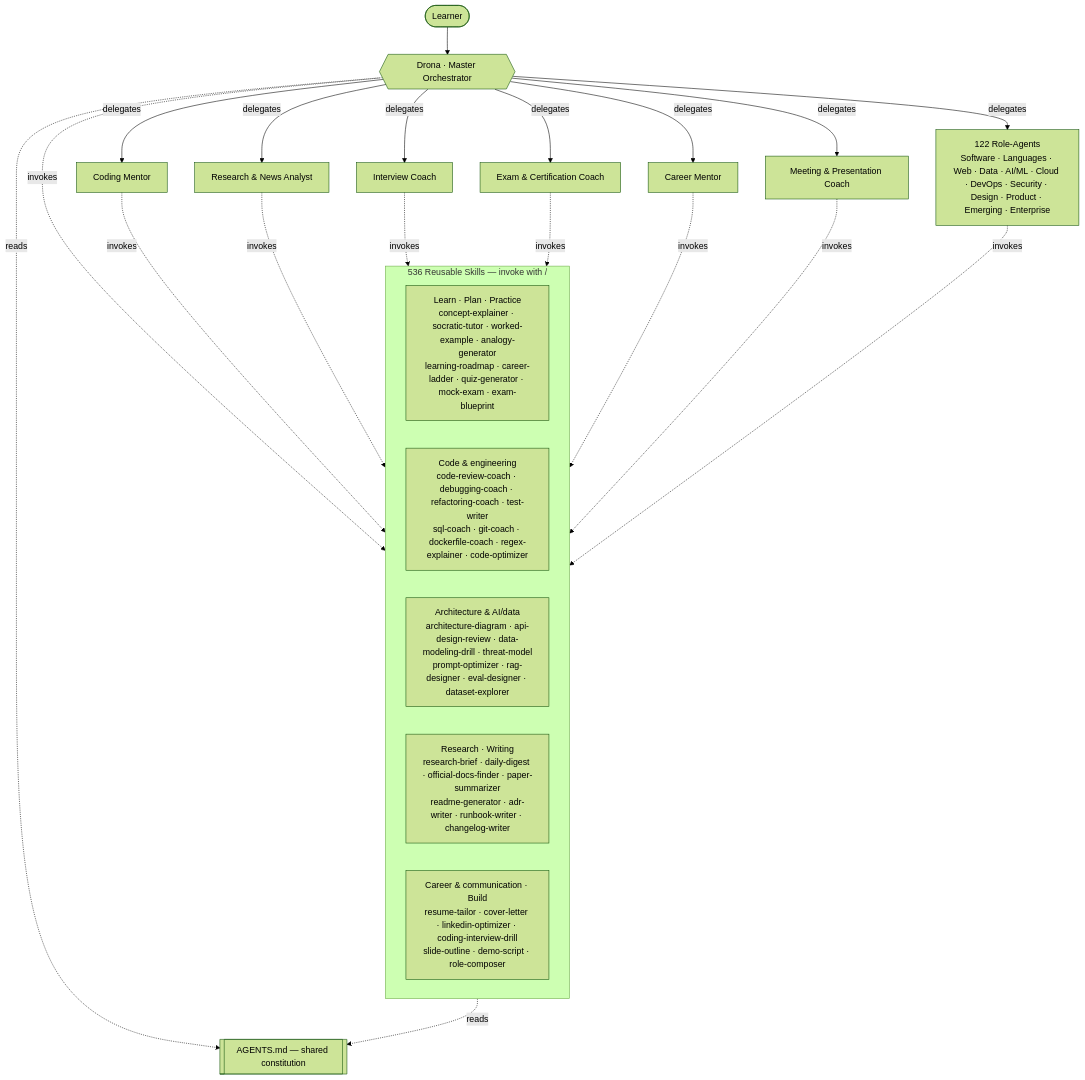
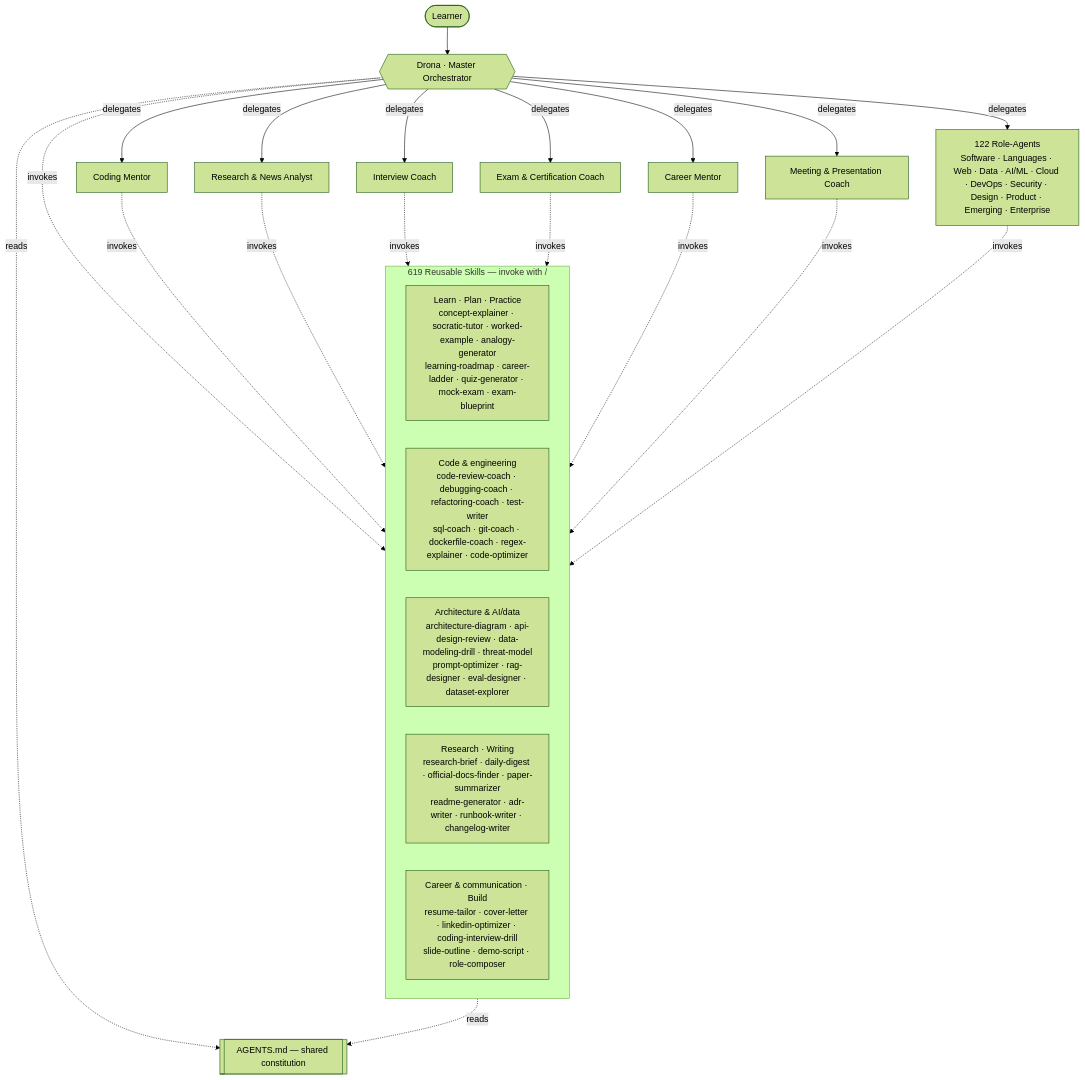
One commit to ArasaniRohithReddy/LearningOS changed the diagram in README.md. Above: the diagram before and after it, drawn with Mermaid (forest theme). The commit also changed other lines of this file and 104 other files, not shown here.

````diff
--- a/README.md
+++ b/README.md
@@ -51,32 +51,32 @@
 ```mermaid
 flowchart TD
     U([Learner]) --> D{{Drona · Master Orchestrator}}
 
     D -->|delegates| CM[Coding Mentor]
     D -->|delegates| RN[Research & News Analyst]
     D -->|delegates| IC[Interview Coach]
     D -->|delegates| EC[Exam & Certification Coach]
     D -->|delegates| CA[Career Mentor]
     D -->|delegates| MP[Meeting & Presentation Coach]
     D -->|delegates| RO["122 Role-Agents<br/>Software · Languages · Web · Data · AI/ML · Cloud · DevOps · Security · Design · Product · Emerging · Enterprise"]
 
-    subgraph Skills["536 Reusable Skills — invoke with /"]
+    subgraph Skills["619 Reusable Skills — invoke with /"]
       S1["Learn · Plan · Practice<br/>concept-explainer · socratic-tutor · worked-example · analogy-generator<br/>learning-roadmap · career-ladder · quiz-generator · mock-exam · exam-blueprint"]
       S2["Code & engineering<br/>code-review-coach · debugging-coach · refactoring-coach · test-writer<br/>sql-coach · git-coach · dockerfile-coach · regex-explainer · code-optimizer"]
       S3["Architecture & AI/data<br/>architecture-diagram · api-design-review · data-modeling-drill · threat-model<br/>prompt-optimizer · rag-designer · eval-designer · dataset-explorer"]
       S4["Research · Writing<br/>research-brief · daily-digest · official-docs-finder · paper-summarizer<br/>readme-generator · adr-writer · runbook-writer · changelog-writer"]
       S5["Career & communication · Build<br/>resume-tailor · cover-letter · linkedin-optimizer · coding-interview-drill<br/>slide-outline · demo-script · role-composer"]
     end
 
     D -.invokes.-> Skills
     CM -.invokes.-> Skills
     RN -.invokes.-> Skills
     IC -.invokes.-> Skills
     EC -.invokes.-> Skills
     CA -.invokes.-> Skills
     MP -.invokes.-> Skills
     RO -.invokes.-> Skills
 
     Skills -.reads.-> AG[[AGENTS.md — shared constitution]]
     D -.reads.-> AG
 ```
````
